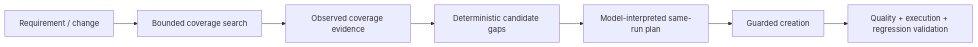
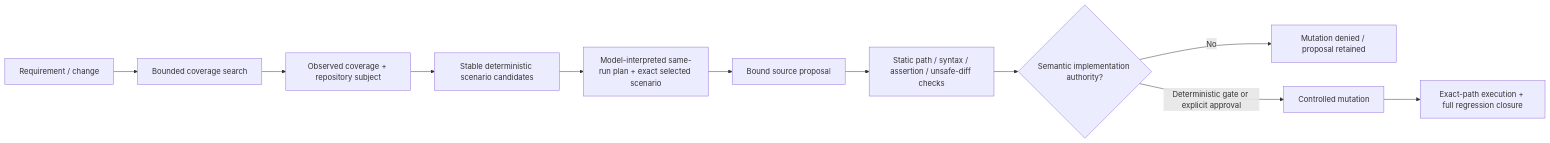
One commit to portyu9/ai-qa-automation changed the diagram in docs/SKILLS.md. Above: the diagram before and after it, drawn with Mermaid. The commit also changed other lines of this file, not shown here.

Commit message:
Document generated-test proposal authority boundary

````diff
--- a/docs/SKILLS.md
+++ b/docs/SKILLS.md
@@ -95,12 +95,16 @@
 ```mermaid
 flowchart LR
-    accTitle: Coverage-aware test generation from observed evidence to guarded validation
-    accDescr: A requirement or change is inspected through bounded coverage search, producing observed coverage evidence and deterministic candidate gaps. The model may interpret a same-run plan, but guarded creation is followed by deterministic quality, execution, and regression validation.
+    accTitle: Coverage-aware test generation from observed evidence to proposal-only authority
+    accDescr: A requirement or change is inspected through bounded coverage search bound to the exact repository subject. A deterministic plan assigns stable scenario identities and one selected scenario. Proposed source is bound to that scenario, path, content hash, and workspace revision, then static safety is checked. Generic source cannot be mutated until a target-specific deterministic semantic implementation gate or explicit approval exists.
 
     A[Requirement / change] --> B[Bounded coverage search]
-    B --> C[Observed coverage evidence]
-    C --> D[Deterministic candidate gaps]
-    D --> E[Model-interpreted same-run plan]
-    E --> F[Guarded creation]
-    F --> G[Quality + execution + regression validation]
+    B --> C[Observed coverage + repository subject]
+    C --> D[Stable deterministic scenario candidates]
+    D --> E[Model-interpreted same-run plan + exact selected scenario]
+    E --> F[Bound source proposal]
+    F --> G[Static path / syntax / assertion / unsafe-diff checks]
+    G --> H{Semantic implementation authority?}
+    H -->|No| I[Mutation denied / proposal retained]
+    H -->|Deterministic gate or explicit approval| J[Controlled mutation]
+    J --> K[Exact-path execution + full regression closure]
 ```
````
